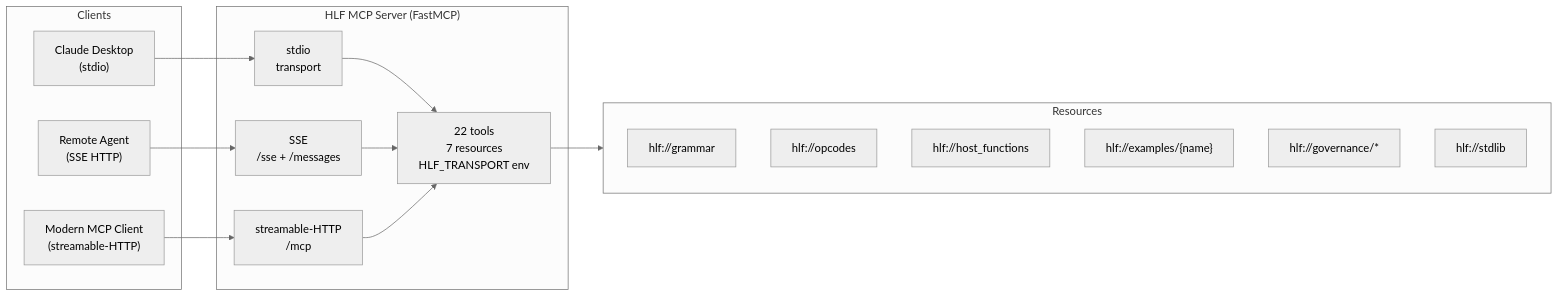
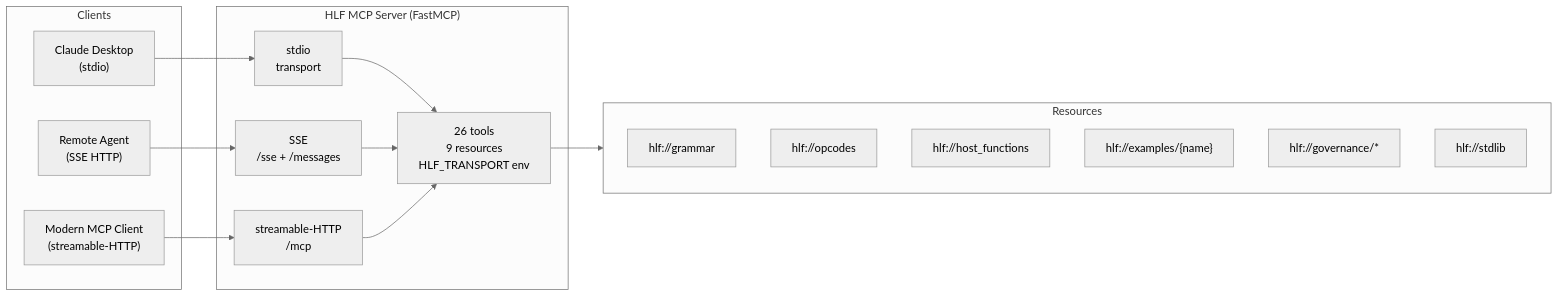
Before and after one commit to Grumpified-OGGVCT/HLF-Hieroglyphic-Logic-Framework-MCP: the seventh of 8 diagrams in README.md, drawn with Mermaid (neutral theme). The commit also changed other lines of this file and 100 other files, not shown here.

````diff
--- a/README.md
+++ b/README.md
@@ -721,32 +749,32 @@
 ```mermaid
 graph LR
     subgraph Clients
         C1["Claude Desktop\n(stdio)"]
         C2["Remote Agent\n(SSE HTTP)"]
         C3["Modern MCP Client\n(streamable-HTTP)"]
     end
 
     subgraph Server["HLF MCP Server  (FastMCP)"]
         T1["stdio\ntransport"]
         T2["SSE\n/sse + /messages"]
         T3["streamable-HTTP\n/mcp"]
-        Core["22 tools\n7 resources\nHLF_TRANSPORT env"]
+        Core["26 tools\n9 resources\nHLF_TRANSPORT env"]
         T1 --> Core
         T2 --> Core
         T3 --> Core
     end
 
     subgraph Resources
         R1["hlf://grammar"]
         R2["hlf://opcodes"]
         R3["hlf://host_functions"]
         R4["hlf://examples/{name}"]
         R5["hlf://governance/*"]
         R6["hlf://stdlib"]
     end
 
     C1 --> T1
     C2 --> T2
     C3 --> T3
     Core --> Resources
 ```
````
